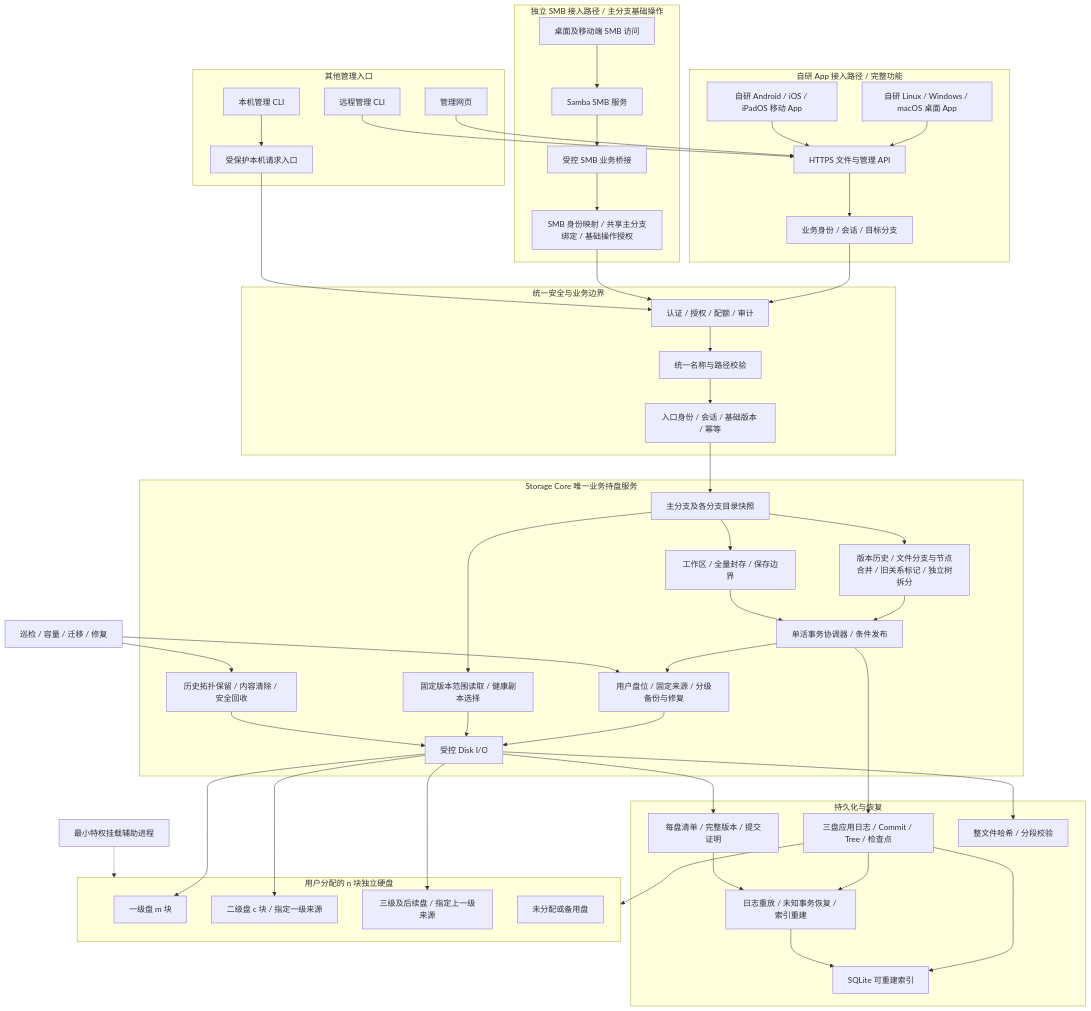
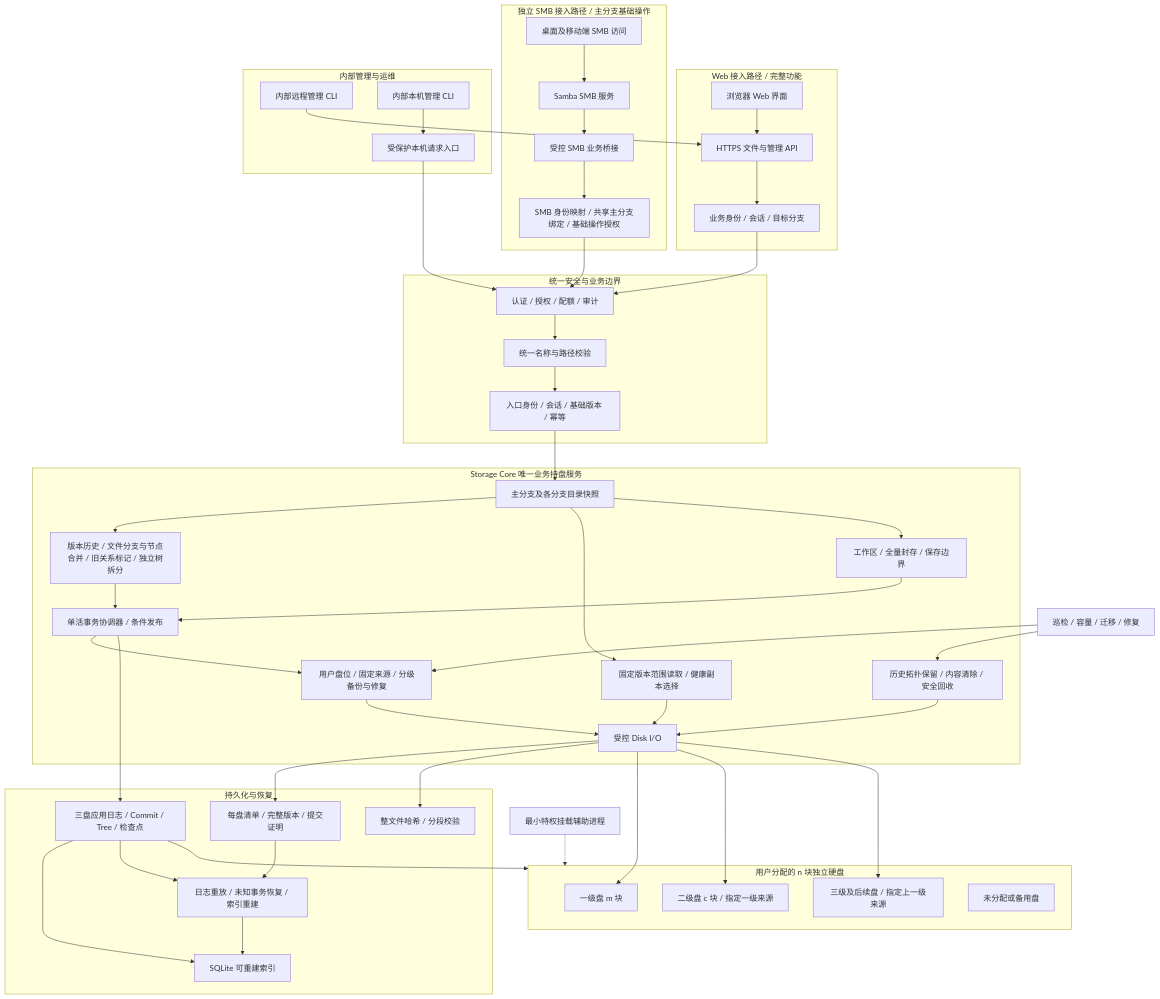
The diagram in docs/03-architecture.md (isarmg/xcs), drawn with Mermaid before and after one commit. The commit also changed other lines of this file and 2088 other files, not shown here.

````diff
--- a/docs/03-architecture.md
+++ b/docs/03-architecture.md
@@ -19,12 +19,10 @@
 ```mermaid
 flowchart TB
-    subgraph APP_ACCESS[自研 App 接入路径 / 完整功能]
-        DAPP[自研 Linux / Windows / macOS 桌面 App]
-        MAPP[自研 Android / iOS / iPadOS 移动 App]
+    subgraph WEB_ACCESS[Web 接入路径 / 完整功能]
+        WEB[浏览器 Web 界面]
         API[HTTPS 文件与管理 API]
         AAUTH[业务身份 / 会话 / 目标分支]
-        DAPP --> API
-        MAPP --> API
+        WEB --> API
         API --> AAUTH
     end
 
@@ -38,14 +36,12 @@
         SBRIDGE --> SAUTH
     end
 
-    subgraph MANAGEMENT[其他管理入口]
-        WEB[管理网页]
-        CLI[远程管理 CLI]
-        LCLI[本机管理 CLI]
+    subgraph MANAGEMENT[内部管理与运维]
+        CLI[内部远程管理 CLI]
+        LCLI[内部本机管理 CLI]
         IPC[受保护本机请求入口]
         LCLI --> IPC
     end
-    WEB --> API
     CLI --> API
 
     subgraph C[统一安全与业务边界]
````
